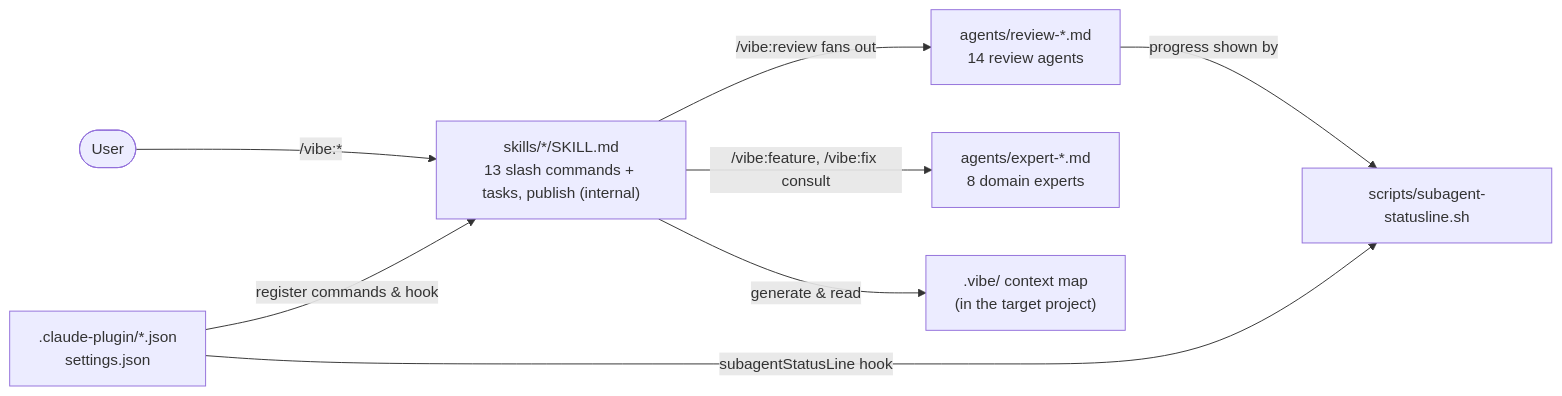
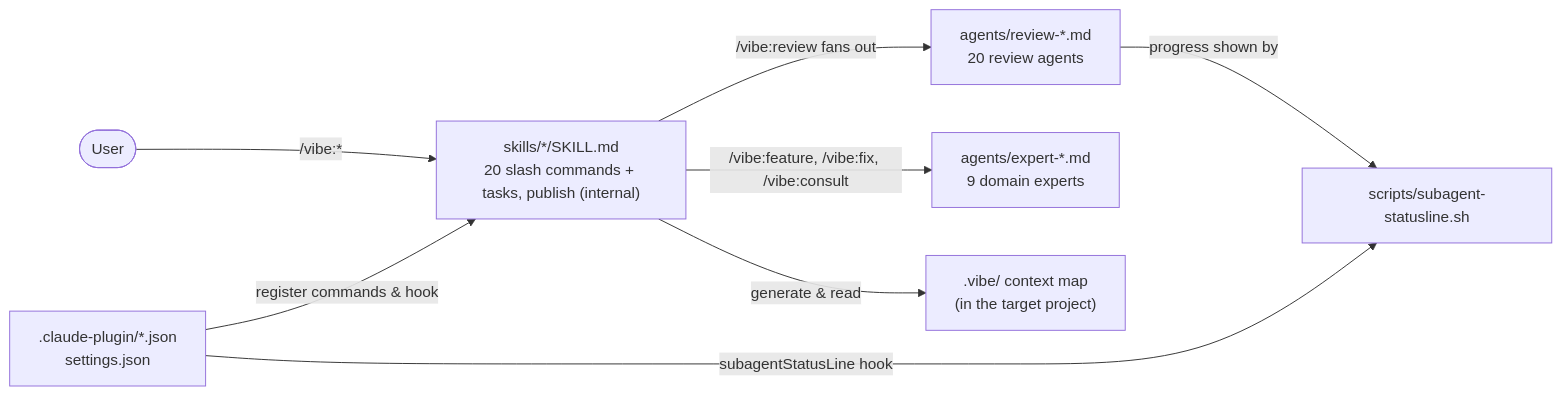
One commit to neolao/claude-plugin-vibe changed the diagram in docs/architecture.md. Above: the diagram before and after it, drawn with Mermaid. The commit also changed other lines of this file and 69 other files, not shown here.

````diff
--- a/docs/architecture.md
+++ b/docs/architecture.md
@@ -24,10 +26,10 @@
 ```mermaid
 flowchart LR
-    user([User]) -- "/vibe:*" --> skills["skills/*/SKILL.md<br/>13 slash commands + tasks, publish (internal)"]
-    skills -- "/vibe:review fans out" --> agents["agents/review-*.md<br/>14 review agents"]
-    skills -- "/vibe:feature, /vibe:fix consult" --> experts["agents/expert-*.md<br/>8 domain experts"]
+    user([User]) -- "/vibe:*" --> skills["skills/*/SKILL.md<br/>20 slash commands + tasks, publish (internal)"]
+    skills -- "/vibe:review fans out" --> agents["agents/review-*.md<br/>20 review agents"]
+    skills -- "/vibe:feature, /vibe:fix, /vibe:consult" --> experts["agents/expert-*.md<br/>9 domain experts"]
     skills -- "generate & read" --> vibe[".vibe/ context map<br/>(in the target project)"]
     manifests[".claude-plugin/*.json<br/>settings.json"] -- "register commands & hook" --> skills
     manifests -- "subagentStatusLine hook" --> statusline["scripts/subagent-statusline.sh"]
     agents -- "progress shown by" --> statusline
 ```
````
